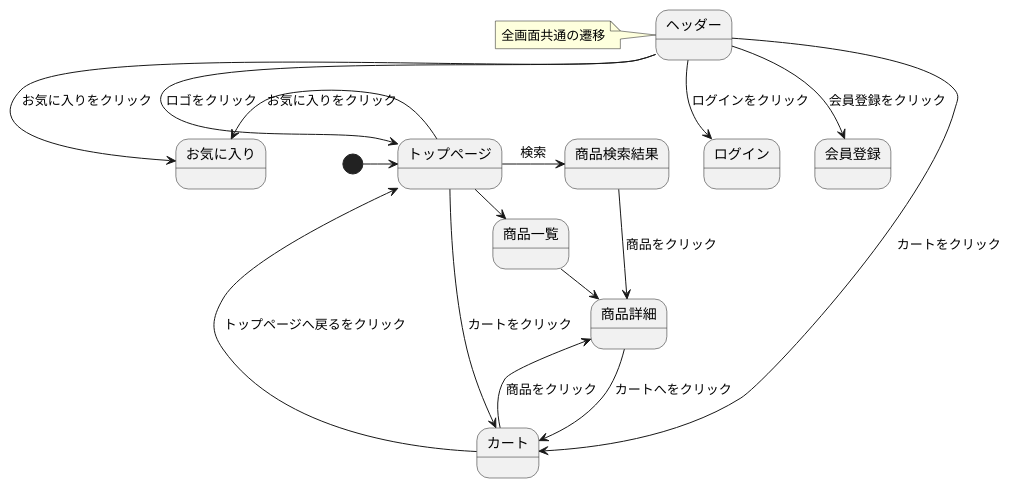
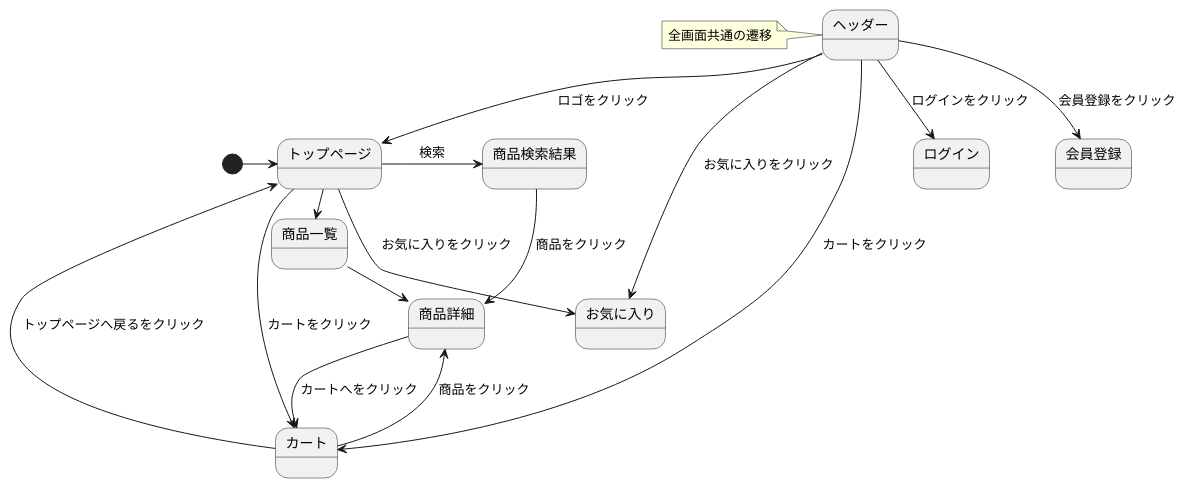
Before and after one commit to Aso2101122/coffeeEC: the diagram in 03_画面遷移図/stm_03.md, drawn with PlantUML.

````diff
--- a/03_画面遷移図/stm_03.md
+++ b/03_画面遷移図/stm_03.md
@@ -2,25 +2,25 @@
 ```uml
 @startuml
 [*]->トップページ
 トップページ->商品検索結果: 検索
 トップページ-right->商品一覧: 商品一覧をクリック
 商品一覧->商品詳細: 商品をクリック
 商品検索結果-down->商品詳細: 商品をクリック
 商品詳細-->カート: カートへをクリック
-トップページ-left->お気に入り: お気に入りをクリック
+トップページ-->お気に入り: お気に入りをクリック
 トップページ-->カート: カートをクリック
 カート->トップページ: トップページへ戻るをクリック
 カート->商品詳細: 商品をクリック
 
 state ヘッダー{
 }
 note left of ヘッダー: 全画面共通の遷移
 
 
 ヘッダー-down->トップページ: ロゴをクリック
 ヘッダー-down->ログイン: ログインをクリック
 ヘッダー-down->会員登録: 会員登録をクリック
 ヘッダー-down->お気に入り: お気に入りをクリック
 ヘッダー-down->カート: カートをクリック
 @enduml
 ```
````
